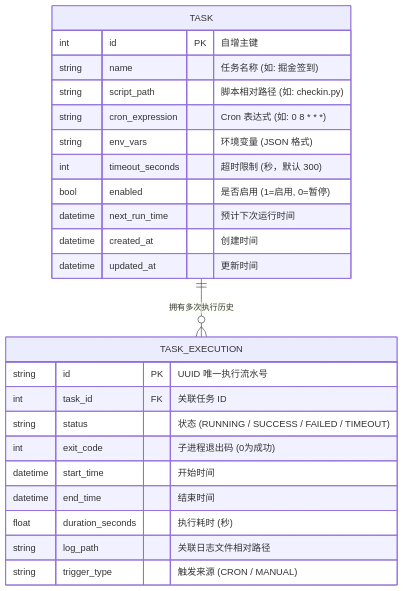
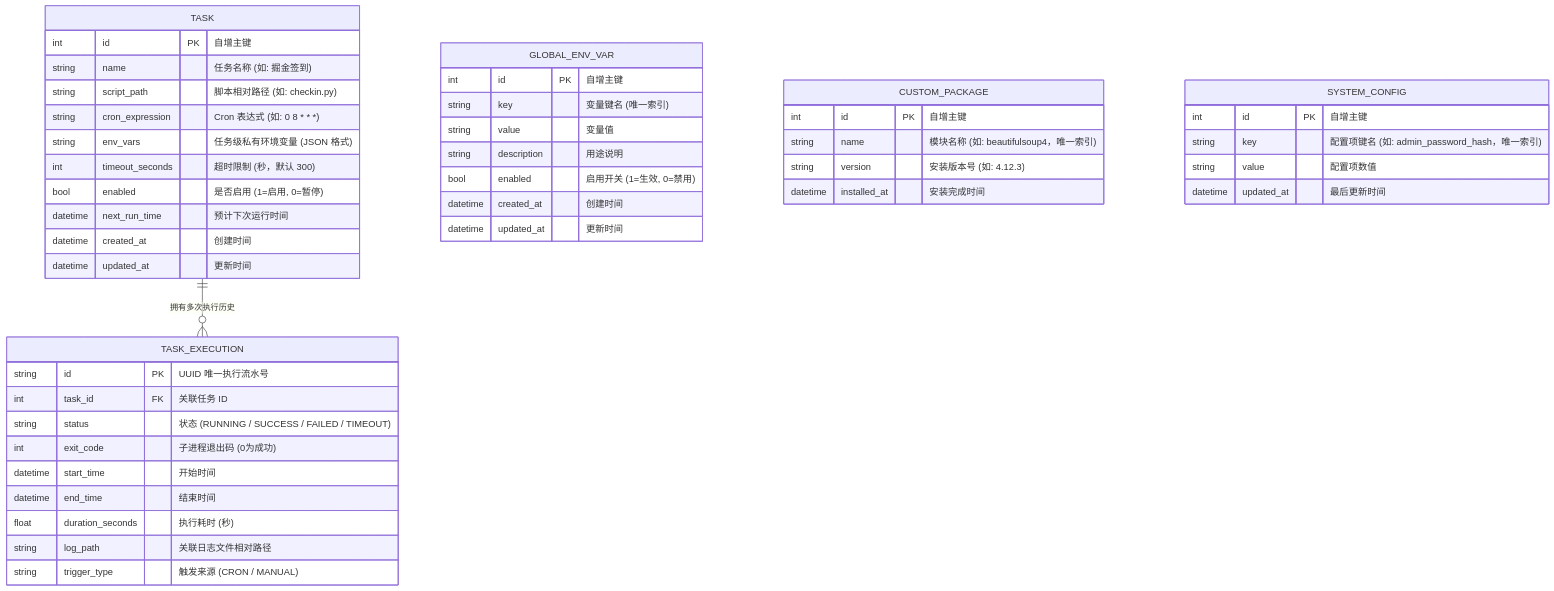
Before and after one commit to ddmasato1/MiniCron: the fourth of 4 diagrams in docs/ARCHITECTURE.md, drawn with Mermaid. The commit also changed other lines of this file and 19 other files, not shown here.

First line of the commit message:
feat: add script online editor, env vars, package manager, and password change

````diff
--- a/docs/ARCHITECTURE.md
+++ b/docs/ARCHITECTURE.md
@@ -164,29 +204,53 @@
 ```mermaid
 erDiagram
     TASK ||--o{ TASK_EXECUTION : "拥有多次执行历史"
     
     TASK {
         int id PK "自增主键"
         string name "任务名称 (如: 掘金签到)"
         string script_path "脚本相对路径 (如: checkin.py)"
         string cron_expression "Cron 表达式 (如: 0 8 * * *)"
-        string env_vars "环境变量 (JSON 格式)"
+        string env_vars "任务级私有环境变量 (JSON 格式)"
         int timeout_seconds "超时限制 (秒，默认 300)"
         bool enabled "是否启用 (1=启用, 0=暂停)"
         datetime next_run_time "预计下次运行时间"
         datetime created_at "创建时间"
         datetime updated_at "更新时间"
     }
 
     TASK_EXECUTION {
         string id PK "UUID 唯一执行流水号"
         int task_id FK "关联任务 ID"
         string status "状态 (RUNNING / SUCCESS / FAILED / TIMEOUT)"
         int exit_code "子进程退出码 (0为成功)"
         datetime start_time "开始时间"
         datetime end_time "结束时间"
         float duration_seconds "执行耗时 (秒)"
         string log_path "关联日志文件相对路径"
         string trigger_type "触发来源 (CRON / MANUAL)"
     }
+
+    GLOBAL_ENV_VAR {
+        int id PK "自增主键"
+        string key "变量键名 (唯一索引)"
+        string value "变量值"
+        string description "用途说明"
+        bool enabled "启用开关 (1=生效, 0=禁用)"
+        datetime created_at "创建时间"
+        datetime updated_at "更新时间"
+    }
+
+    CUSTOM_PACKAGE {
+        int id PK "自增主键"
+        string name "模块名称 (如: beautifulsoup4，唯一索引)"
+        string version "安装版本号 (如: 4.12.3)"
+        datetime installed_at "安装完成时间"
+    }
+
+    SYSTEM_CONFIG {
+        int id PK "自增主键"
+        string key "配置项键名 (如: admin_password_hash，唯一索引)"
+        string value "配置项数值"
+        datetime updated_at "最后更新时间"
+    }
 ```
````
